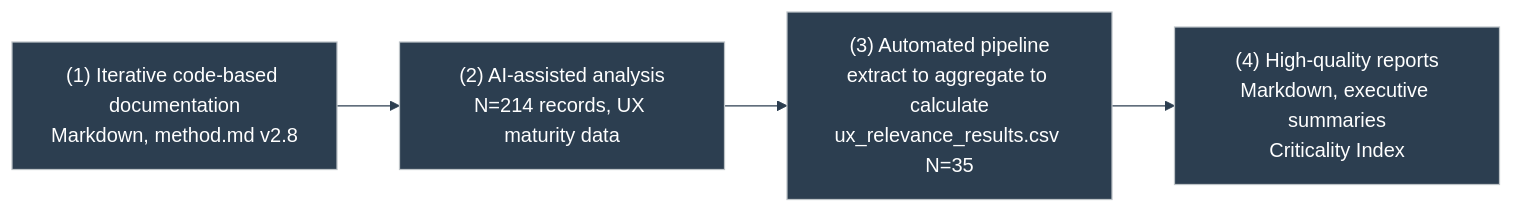
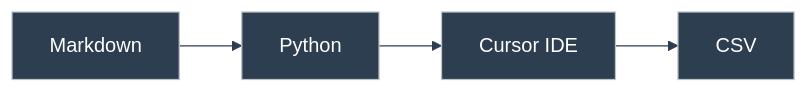
The third of 13 diagrams in portfolio/mermaid/diagrams.md (duducm2/my-personal-repo), drawn with Mermaid before and after one commit. The commit also changed other lines of this file and 3 other files, not shown here.

````diff
--- a/portfolio/mermaid/diagrams.md
+++ b/portfolio/mermaid/diagrams.md
@@ -36,9 +35,9 @@
 ```mermaid
 %%{init: {'theme': 'base', 'themeVariables': { 'primaryColor': '#2c3e50', 'primaryTextColor': '#fff', 'primaryBorderColor': '#bdc3c7', 'lineColor': '#2c3e50', 'fontFamily': 'Lato'}}}%%
 flowchart LR
-  A["(1) Iterative code-based documentation\nMarkdown, method.md v2.8"]
-  B["(2) AI-assisted analysis\nN=214 records, UX maturity data"]
-  C["(3) Automated pipeline\nextract to aggregate to calculate\nux_relevance_results.csv N=35"]
-  D["(4) High-quality reports\nMarkdown, executive summaries\nCriticality Index"]
+  A["Markdown"]
+  B["Python"]
+  C["Cursor IDE"]
+  D["CSV"]
   A --> B --> C --> D
 ```
````
